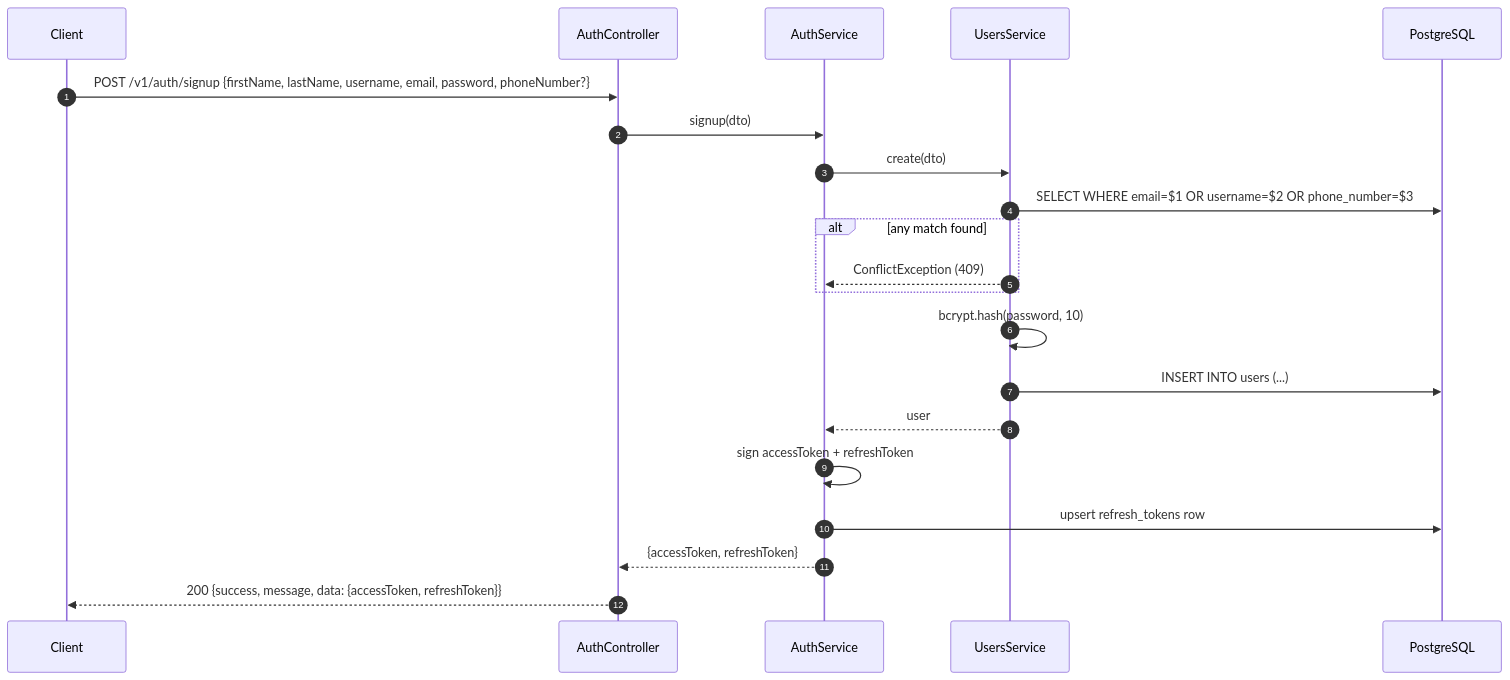
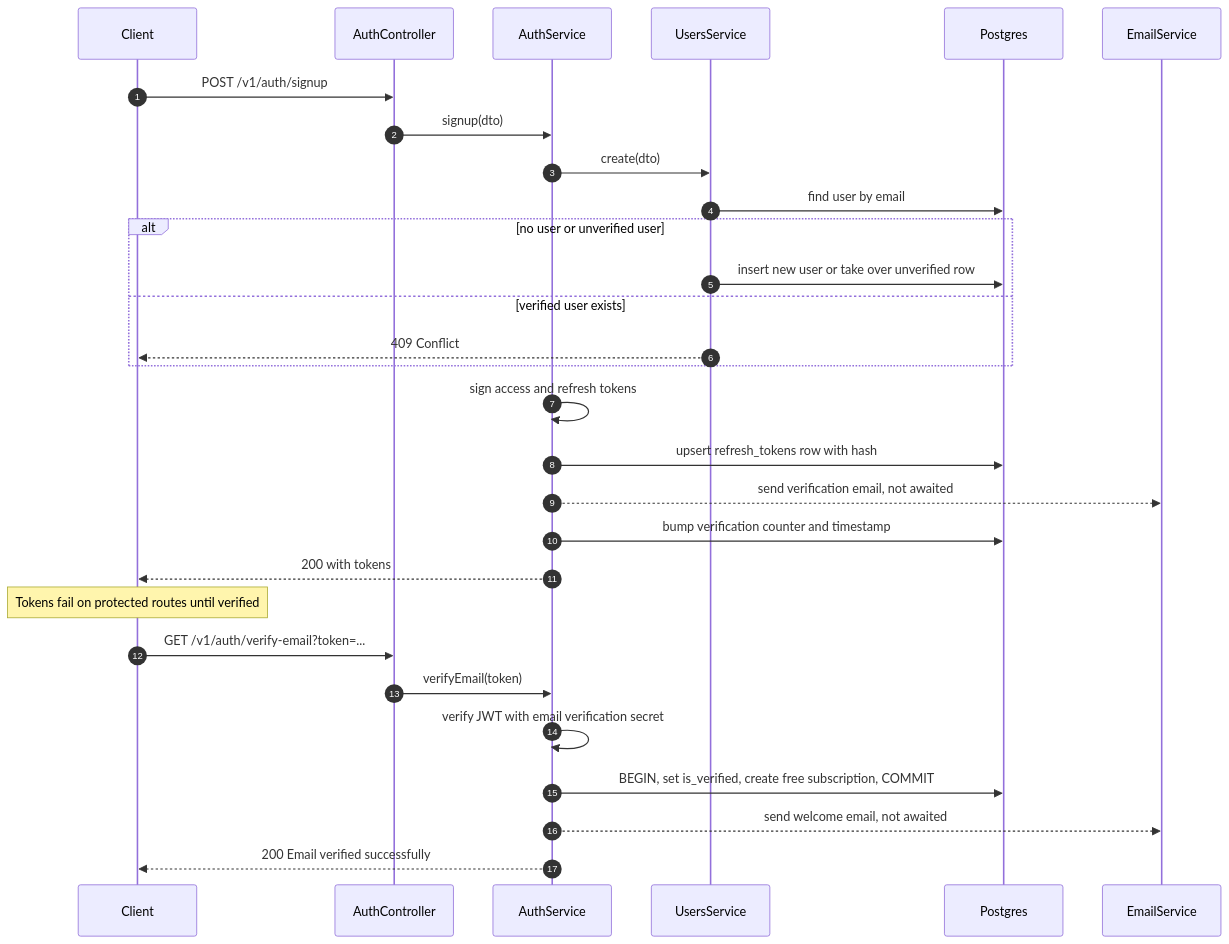
One commit to sharma-dikshant/TestFlow-Docs changed the first of 6 diagrams in docs/hld-design/auth.md. Above: the diagram before and after it, drawn with Mermaid. The commit also changed other lines of this file and 26 other files, not shown here.

````diff
--- a/docs/hld-design/auth.md
+++ b/docs/hld-design/auth.md
@@ -101,24 +88,31 @@
 ```mermaid
 sequenceDiagram
     autonumber
     participant C as Client
-    participant Ctrl as AuthController
-    participant Svc as AuthService
-    participant Users as UsersService
-    participant DB as PostgreSQL
-
-    C->>Ctrl: POST /v1/auth/signup {firstName, lastName, username, email, password, phoneNumber?}
-    Ctrl->>Svc: signup(dto)
-    Svc->>Users: create(dto)
-    Users->>DB: SELECT WHERE email=$1 OR username=$2 OR phone_number=$3
-    alt any match found
-        Users-->>Svc: ConflictException (409)
+    participant A as AuthController
+    participant S as AuthService
+    participant U as UsersService
+    participant DB as Postgres
+    participant M as EmailService
+    C->>A: POST /v1/auth/signup
+    A->>S: signup(dto)
+    S->>U: create(dto)
+    U->>DB: find user by email
+    alt no user or unverified user
+        U->>DB: insert new user or take over unverified row
+    else verified user exists
+        U-->>C: 409 Conflict
     end
-    Users->>Users: bcrypt.hash(password, 10)
-    Users->>DB: INSERT INTO users (...)
-    Users-->>Svc: user
-    Svc->>Svc: sign accessToken + refreshToken
-    Svc->>DB: upsert refresh_tokens row
-    Svc-->>Ctrl: {accessToken, refreshToken}
-    Ctrl-->>C: 200 {success, message, data: {accessToken, refreshToken}}
+    S->>S: sign access and refresh tokens
+    S->>DB: upsert refresh_tokens row with hash
+    S-->>M: send verification email, not awaited
+    S->>DB: bump verification counter and timestamp
+    S-->>C: 200 with tokens
+    Note over C: Tokens fail on protected routes until verified
+    C->>A: GET /v1/auth/verify-email?token=...
+    A->>S: verifyEmail(token)
+    S->>S: verify JWT with email verification secret
+    S->>DB: BEGIN, set is_verified, create free subscription, COMMIT
+    S-->>M: send welcome email, not awaited
+    S-->>C: 200 Email verified successfully
 ```
````
